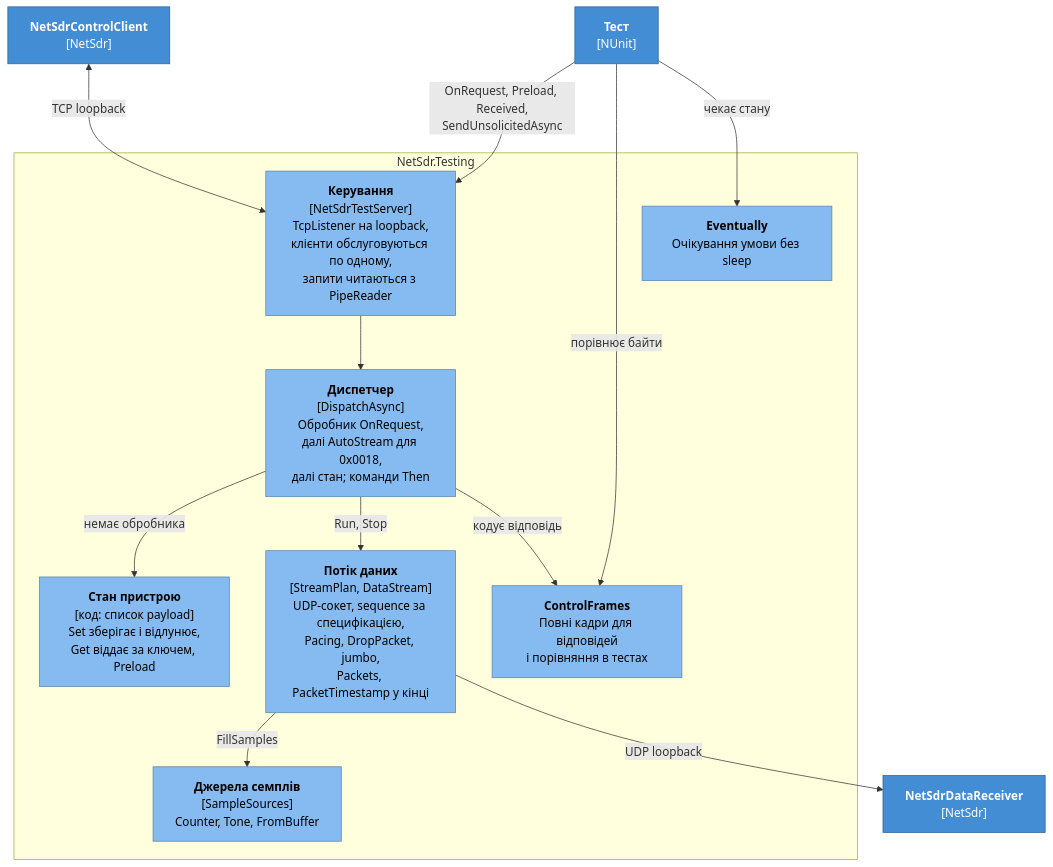
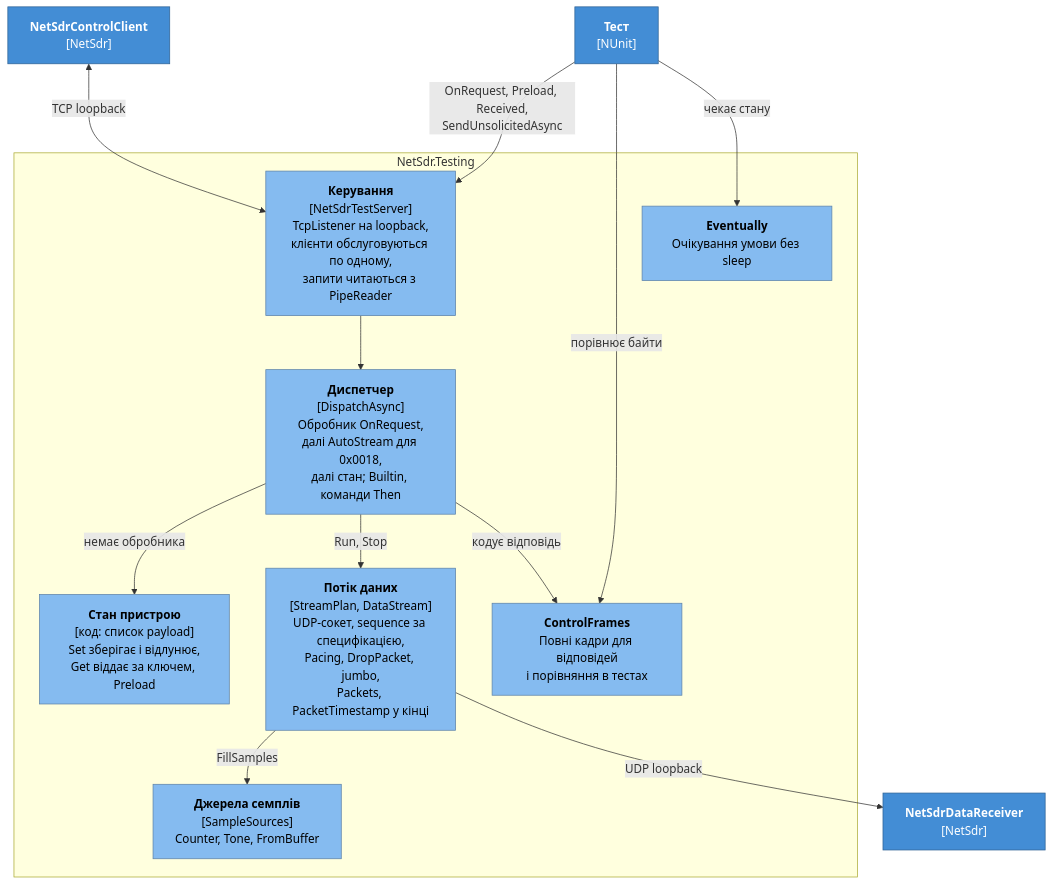
One commit to vadimart92/NetSdrClient changed the fourth of 7 diagrams in docs/architecture.md. Above: the diagram before and after it, drawn with Mermaid. The commit also changed other lines of this file and 3 other files, not shown here.

````diff
--- a/docs/architecture.md
+++ b/docs/architecture.md
@@ -198,32 +198,32 @@
 ```mermaid
 flowchart TB
     test["<b>Тест</b><br/>[NUnit]"]
     client["<b>NetSdrControlClient</b><br/>[NetSdr]"]
     recv["<b>NetSdrDataReceiver</b><br/>[NetSdr]"]
 
     subgraph testing["NetSdr.Testing"]
         server["<b>Керування</b><br/>[NetSdrTestServer]<br/>TcpListener на loopback,<br/>клієнти обслуговуються по одному,<br/>запити читаються з PipeReader"]
-        disp["<b>Диспетчер</b><br/>[DispatchAsync]<br/>Обробник OnRequest,<br/>далі AutoStream для 0x0018,<br/>далі стан; команди Then"]
+        disp["<b>Диспетчер</b><br/>[DispatchAsync]<br/>Обробник OnRequest,<br/>далі AutoStream для 0x0018,<br/>далі стан; Builtin, команди Then"]
         state["<b>Стан пристрою</b><br/>[код: список payload]<br/>Set зберігає і відлунює,<br/>Get віддає за ключем, Preload"]
         stream["<b>Потік даних</b><br/>[StreamPlan, DataStream]<br/>UDP-сокет, sequence за специфікацією,<br/>Pacing, DropPacket, jumbo,<br/>Packets, PacketTimestamp у кінці"]
         sources["<b>Джерела семплів</b><br/>[SampleSources]<br/>Counter, Tone, FromBuffer"]
         frames["<b>ControlFrames</b><br/>Повні кадри для відповідей<br/>і порівняння в тестах"]
         eventually["<b>Eventually</b><br/>Очікування умови без sleep"]
     end
 
     test -->|"OnRequest, Preload, Received,<br/>SendUnsolicitedAsync"| server
     test -->|"порівнює байти"| frames
     test -->|"чекає стану"| eventually
     client <-->|"TCP loopback"| server
     server --> disp
     disp -->|"немає обробника"| state
     disp -->|"Run, Stop"| stream
     disp -->|"кодує відповідь"| frames
     stream -->|"FillSamples"| sources
     stream -->|"UDP loopback"| recv
 
     classDef component fill:#85BBF0,stroke:#5D82A8,color:#000
     classDef container fill:#438DD5,stroke:#2E6295,color:#fff
     class server,disp,state,stream,sources,frames,eventually component
     class test,client,recv container
 ```
````
